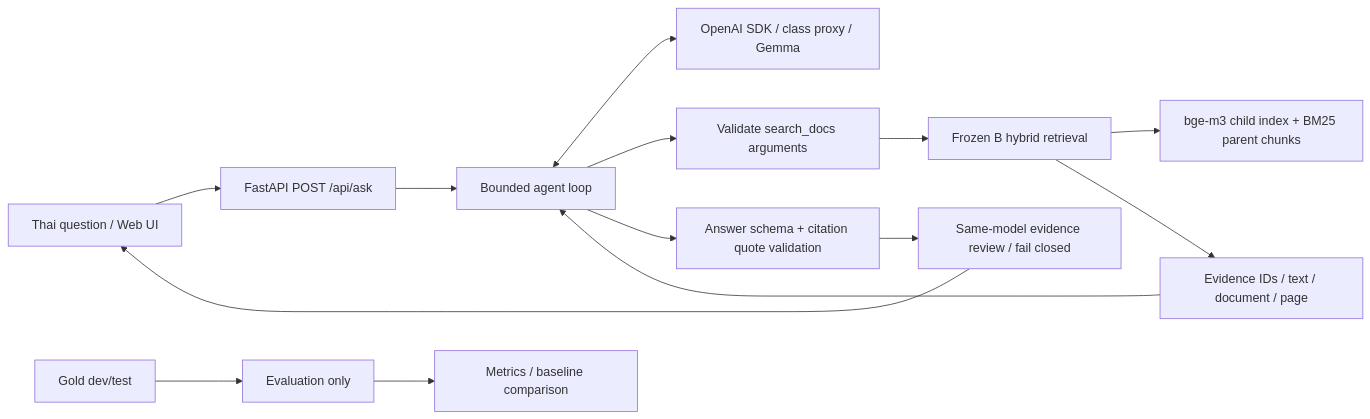
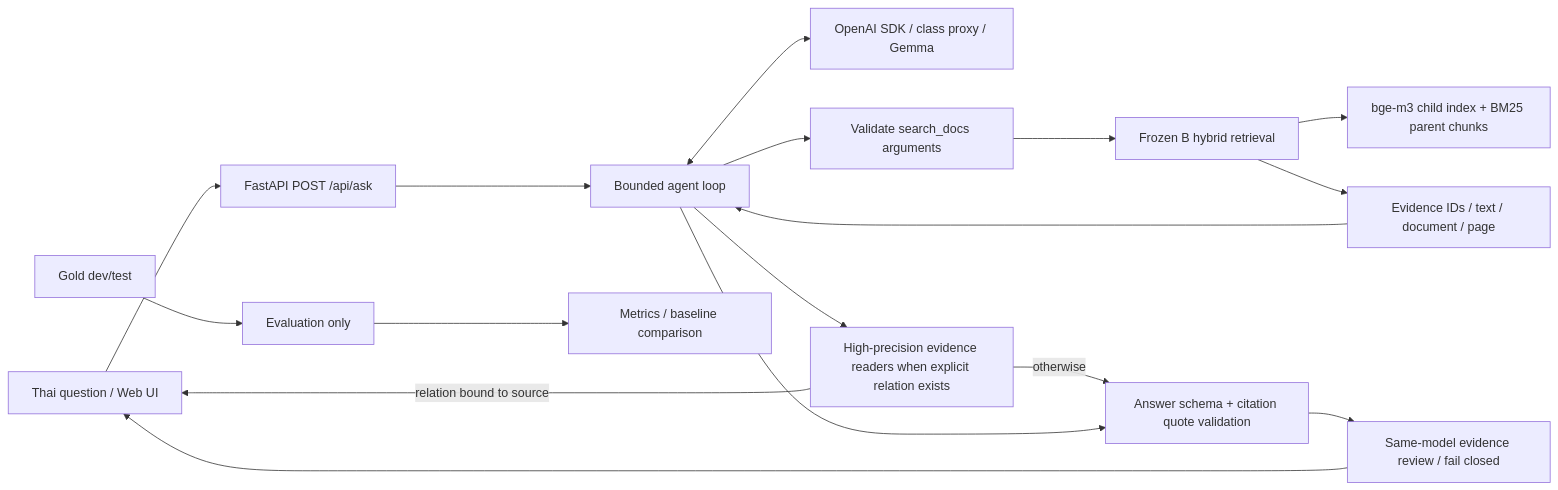
One commit to Up2mEz/LLM-APP-END2END changed the diagram in README.md. Above: the diagram before and after it, drawn with Mermaid. The commit also changed other lines of this file and 127 other files, not shown here.

````diff
--- a/README.md
+++ b/README.md
@@ -82,16 +109,19 @@
 ```mermaid
 flowchart LR
     U[Thai question / Web UI] --> API[FastAPI POST /api/ask]
     API --> A[Bounded agent loop]
     A <--> G[OpenAI SDK / class proxy / Gemma]
     A --> V[Validate search_docs arguments]
     V --> R[Frozen B hybrid retrieval]
     R --> I[bge-m3 child index + BM25 parent chunks]
     R --> E[Evidence IDs / text / document / page]
     E --> A
-    A --> C[Answer schema + citation quote validation]
+    A --> X[High-precision evidence readers when explicit relation exists]
+    X -->|relation bound to source| U
+    X -->|otherwise| C[Answer schema + citation quote validation]
+    A --> C
     C --> V2[Same-model evidence review / fail closed]
     V2 --> U
     GOLD[Gold dev/test] --> EV[Evaluation only]
     EV --> M[Metrics / baseline comparison]
 ```
````
